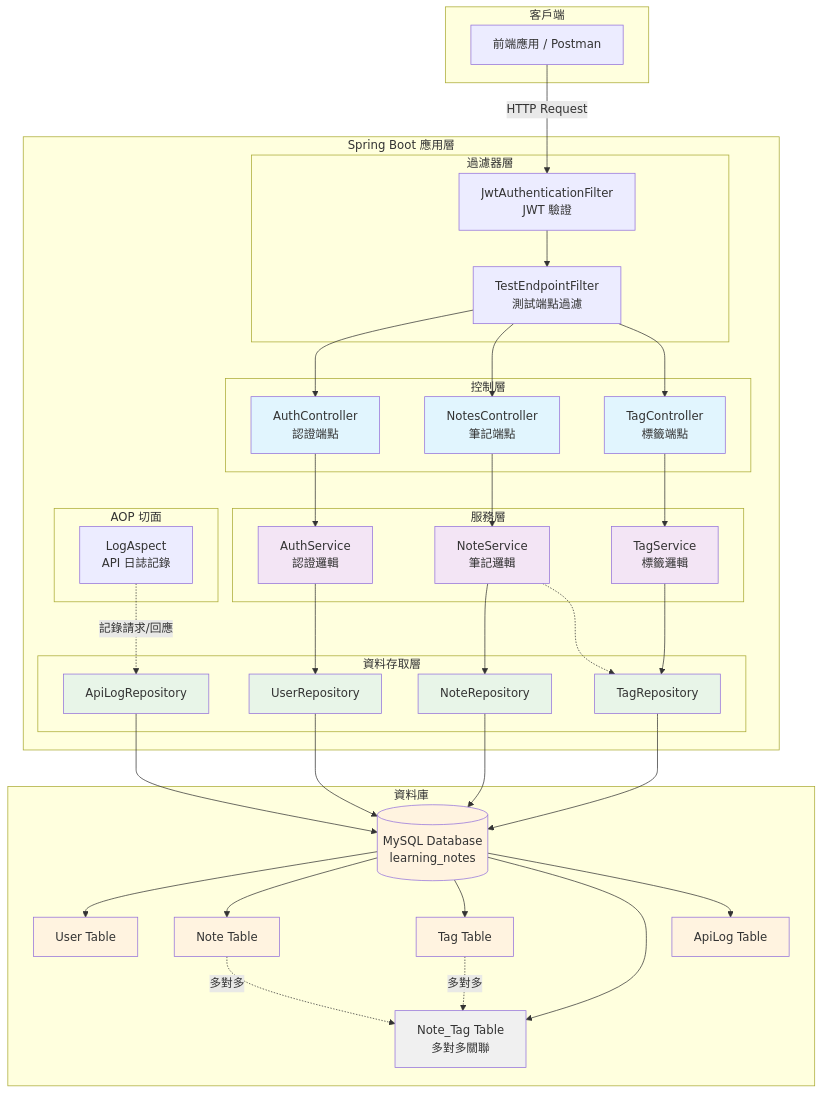
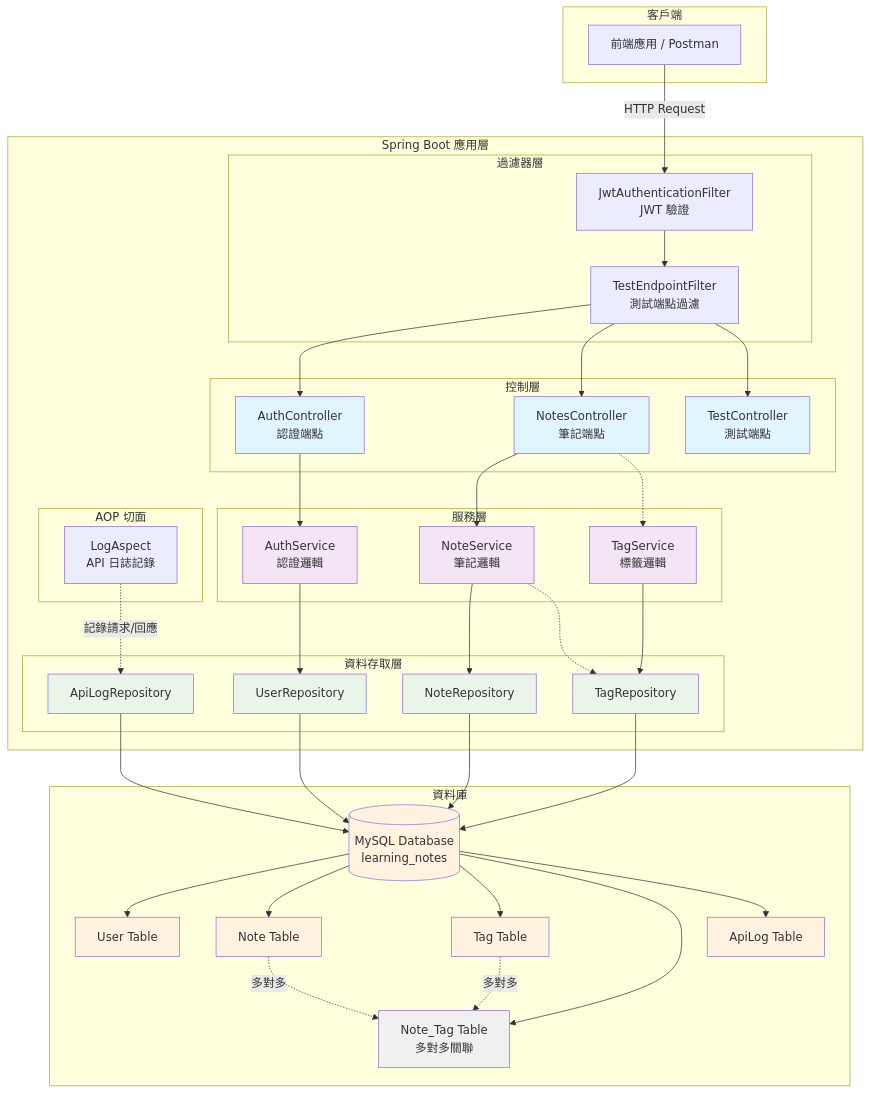
One commit to jeannyChiu/learning-notes-api changed the first of 2 diagrams in README.md. Above: the diagram before and after it, drawn with Mermaid. The commit also changed other lines of this file, not shown here.

Commit message:
fix: 修正架構圖中的 Controller 元件
- 移除不存在的 TagController，改為 TestController
- 修正資料流向圖，反映 Tag 功能透過 NotesController 處理
- 更新 Mermaid 圖表的連接關係和樣式

```diff
--- a/README.md
+++ b/README.md
@@ -47,7 +47,7 @@
         subgraph "控制層"
             AC[AuthController<br/>認證端點]
             NC[NotesController<br/>筆記端點]
-            TC[TagController<br/>標籤端點]
+            TestC[TestController<br/>測試端點]
         end
         
         subgraph "過濾器層"
@@ -86,11 +86,11 @@
     JF --> TF
     TF --> AC
     TF --> NC
-    TF --> TC
+    TF --> TestC
     
     AC --> AS
     NC --> NS
-    TC --> TS
+    NC -.-> TS
     
     AS --> UR
     NS --> NR
@@ -119,7 +119,7 @@
     classDef database fill:#fff3e0
     classDef relation fill:#f0f0f0
     
-    class AC,NC,TC controller
+    class AC,NC,TestC controller
     class AS,NS,TS service
     class UR,NR,TR,ALR repository
     class DB,UT,NT,TT,ALT database
```
